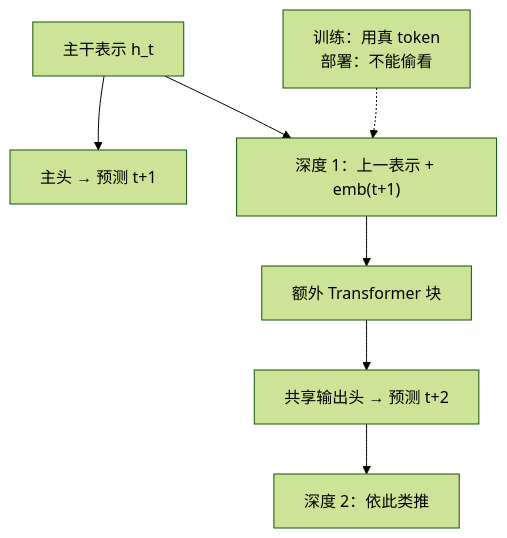
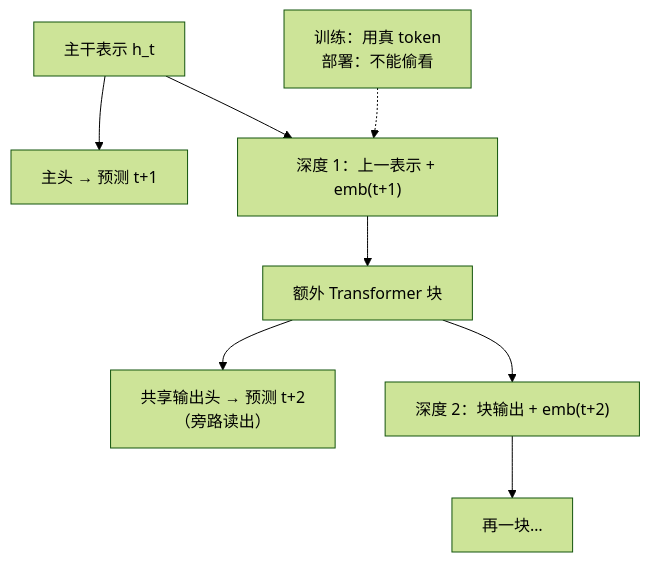
The first of 2 diagrams in chapters/09_modern_llms.md (cluster1900/zero2llm), drawn with Mermaid (forest theme) before and after one commit. The commit also changed other lines of this file and 4 other files, not shown here.

First line of the commit message:
D8: address review blockers (diagram blocks + lead-ins only)

````diff
--- a/chapters/09_modern_llms.md
+++ b/chapters/09_modern_llms.md
@@ -69,12 +69,13 @@
 ```mermaid
 flowchart TD
     %% id: p26-mtp-depth
     accTitle: 顺序 MTP：每一深度接上上一表示和对应 token 向量
-    accDescr: 主干 h_t 由主头预测 t+1；深度 1 把上一表示与 emb(t+1) 送入额外 Transformer 块，共享输出头预测 t+2；更深依此类推；训练用真 token，部署不能偷看。
+    accDescr: 主干 h_t 由主头预测 t+1；深度 1 把上一表示与 emb(t+1) 送入额外 Transformer 块，其输出再经共享输出头读出 t+2；深度 2 接该块输出与 emb(t+2) 再进下一块；训练用真 token，部署不能偷看。
     A["主干表示 h_t"] --> B["主头 → 预测 t+1"]
     A --> C["深度 1：上一表示 + emb(t+1)"]
     C --> D["额外 Transformer 块"]
-    D --> E["共享输出头 → 预测 t+2"]
-    E --> F["深度 2：依此类推"]
+    D --> E["共享输出头 → 预测 t+2<br/>（旁路读出）"]
+    D --> F["深度 2：块输出 + emb(t+2)"]
+    F --> H["再一块…"]
     G["训练：用真 token<br/>部署：不能偷看"] -.-> C
 ```
````
